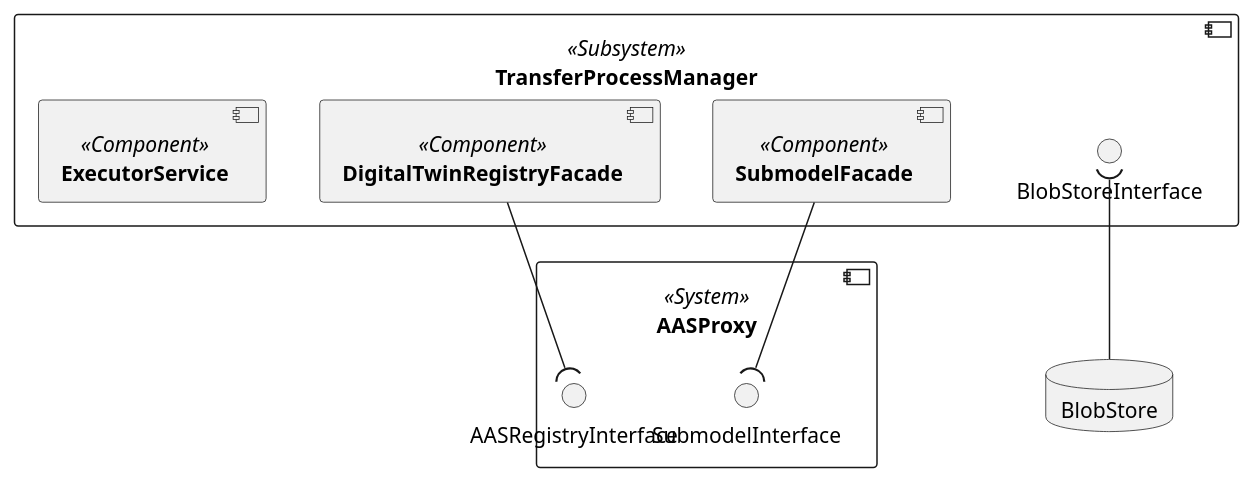
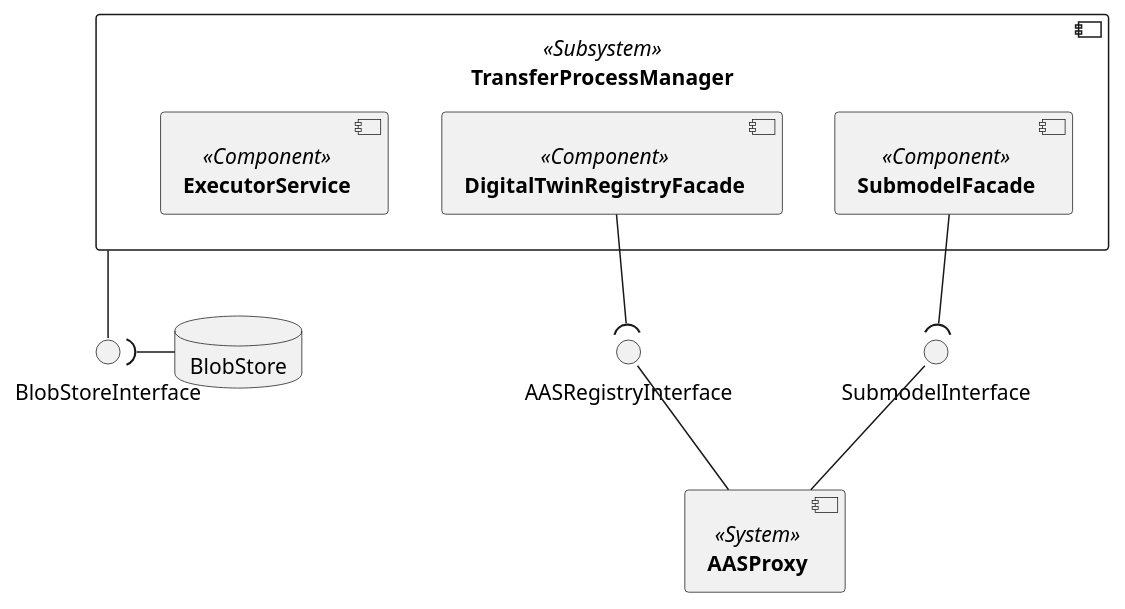
The diagram in uml-diagramms/irs-component-diagram-Level2-TransferProcessManager.puml (catenax-ng/product-item-relationship-service), drawn with PlantUML before and after one commit. The commit also changed 2 other files, not shown here.

Commit message:
small changes to diagramms

```diff
--- a/uml-diagramms/irs-component-diagram-Level2-TransferProcessManager.puml
+++ b/uml-diagramms/irs-component-diagram-Level2-TransferProcessManager.puml
@@ -1,17 +1,24 @@
-@startuml 
+@startuml
 skinparam monochrome true
 skinparam shadowing false
 
+interface BlobStoreInterface
 component [**TransferProcessManager**] <<Subsystem>> as TransferProcessManager {
     component [**DigitalTwinRegistryFacade**] <<Component>> as DTRFacade
     component [**SubmodelFacade**] <<Component>> as SubmodelFacade
-    interface BlobStoreInterface
     component [**ExecutorService**] <<Component>> as ExecutorService
 }
-component [**AASProxy**] <<System>> as AASProxy {
-    DTRFacade -( AASRegistryInterface
-    SubmodelFacade --( SubmodelInterface
-}
+
+component [**AASProxy**] <<System>> as AASProxy
+interface AASRegistryInterface
+interface SubmodelInterface
+AASRegistryInterface -- AASProxy
+SubmodelInterface -- AASProxy
+DTRFacade --( AASRegistryInterface
+SubmodelFacade --( SubmodelInterface
+
 database BlobStore
-BlobStoreInterface )-- BlobStore
+TransferProcessManager -- BlobStoreInterface
+'BlobStoreInterface - TransferProcessManager
+BlobStoreInterface )- BlobStore
 @enduml
```
